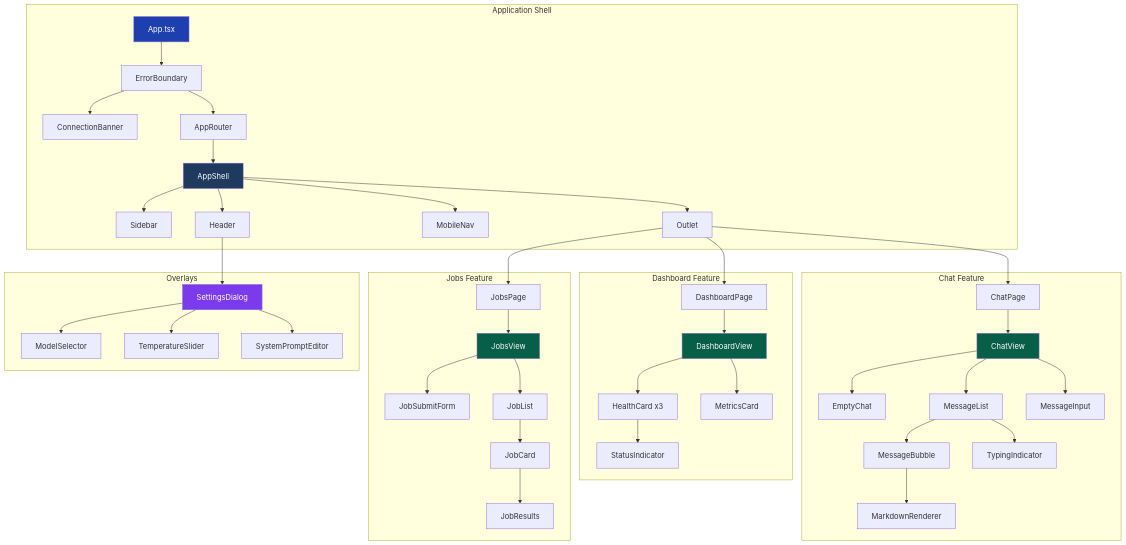
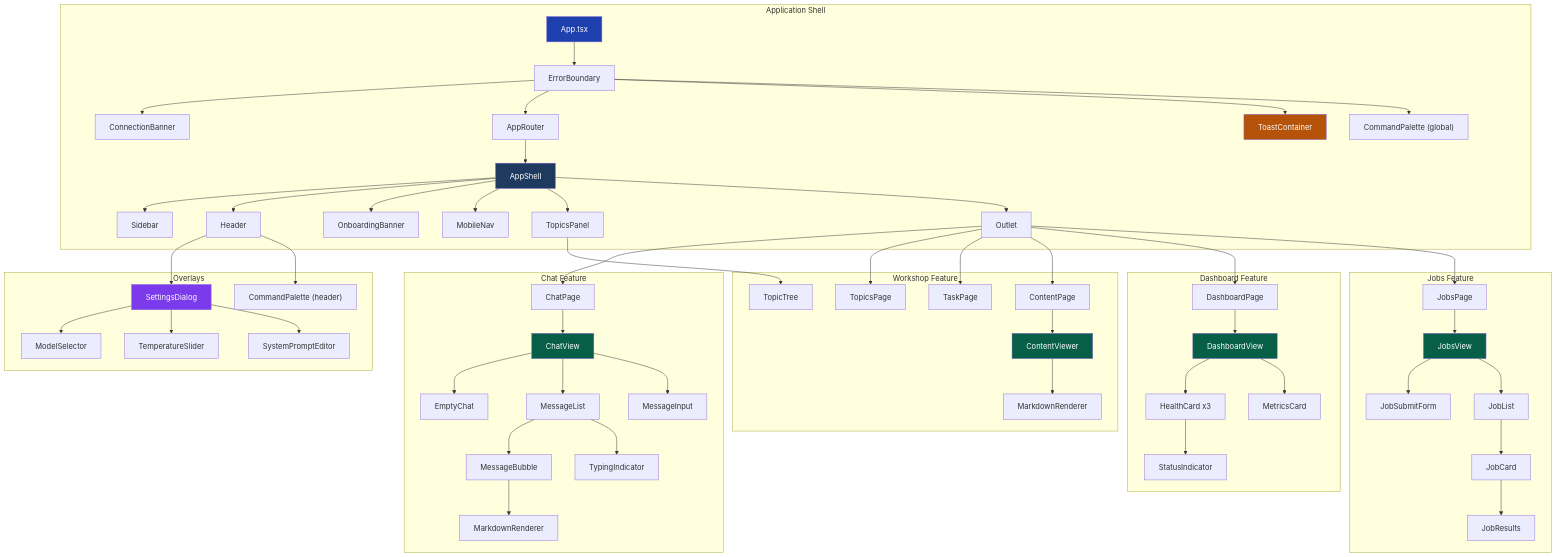
One commit to myckhel/prodigon changed the third of 4 diagrams in architecture/frontend-architecture.md. Above: the diagram before and after it, drawn with Mermaid. The commit also changed other lines of this file and 8 other files, not shown here.

Commit message:
prodigon V1: update architecture refs

````diff
--- a/architecture/frontend-architecture.md
+++ b/architecture/frontend-architecture.md
@@ -408,55 +578,71 @@
 ```mermaid
 graph TD
     subgraph "Application Shell"
         APP["App.tsx"] --> EB["ErrorBoundary"]
         EB --> CBAN["ConnectionBanner"]
         EB --> ROUTER["AppRouter"]
+        EB --> TC["ToastContainer"]
+        EB --> GCP["CommandPalette (global)"]
         ROUTER --> SHELL["AppShell"]
         SHELL --> SIDE["Sidebar"]
         SHELL --> HEAD["Header"]
+        SHELL --> OBAN["OnboardingBanner"]
         SHELL --> MNAV["MobileNav"]
+        SHELL --> TOP_PANEL["TopicsPanel"]
         SHELL --> OUTLET["Outlet"]
     end
 
     subgraph "Chat Feature"
         OUTLET --> CPAG["ChatPage"]
         CPAG --> CVIEW["ChatView"]
         CVIEW --> ECHAT["EmptyChat"]
         CVIEW --> MLIST["MessageList"]
         CVIEW --> MINP["MessageInput"]
         MLIST --> MBUB["MessageBubble"]
         MBUB --> MDR["MarkdownRenderer"]
         MLIST --> TYPING["TypingIndicator"]
+    end
+
+    subgraph "Workshop Feature"
+        OUTLET --> TPAG["TopicsPage"]
+        OUTLET --> TKPAG["TaskPage"]
+        OUTLET --> COPAG["ContentPage"]
+        COPAG --> CVIEWER["ContentViewer"]
+        CVIEWER --> MDR2["MarkdownRenderer"]
+        TOP_PANEL --> TTREE["TopicTree"]
     end
 
     subgraph "Dashboard Feature"
         OUTLET --> DPAG["DashboardPage"]
         DPAG --> DVIEW["DashboardView"]
         DVIEW --> HC["HealthCard x3"]
         DVIEW --> MC["MetricsCard"]
         HC --> SI["StatusIndicator"]
     end
 
     subgraph "Jobs Feature"
         OUTLET --> JPAG["JobsPage"]
         JPAG --> JVIEW["JobsView"]
         JVIEW --> JSF["JobSubmitForm"]
         JVIEW --> JL["JobList"]
         JL --> JC["JobCard"]
         JC --> JR["JobResults"]
     end
 
     subgraph "Overlays"
         HEAD --> SD["SettingsDialog"]
         SD --> MS["ModelSelector"]
         SD --> TS["TemperatureSlider"]
         SD --> SPE["SystemPromptEditor"]
+        HEAD --> HCP["CommandPalette (header)"]
     end
 
     style APP fill:#1e40af,color:#fff
     style SHELL fill:#1e3a5f,color:#fff
     style CVIEW fill:#065f46,color:#fff
     style DVIEW fill:#065f46,color:#fff
     style JVIEW fill:#065f46,color:#fff
+    style CVIEWER fill:#065f46,color:#fff
     style SD fill:#7c3aed,color:#fff
+    style TC fill:#b45309,color:#fff
 ```
````
